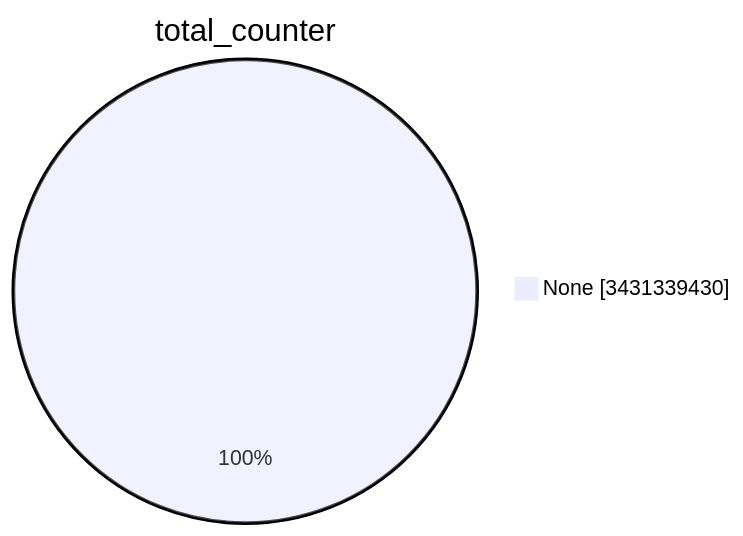
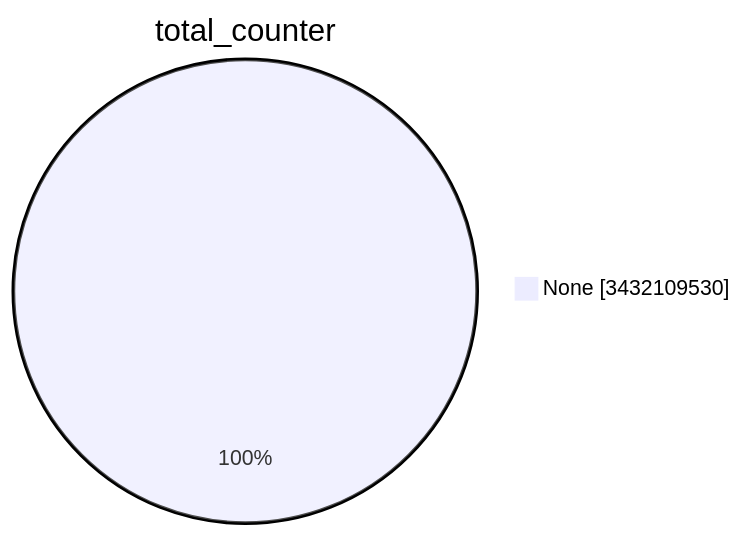
One commit to christiankrug/ctmonitor_visualization changed the first of 15 diagrams in TOTAL/README.md. Above: the diagram before and after it, drawn with Mermaid. The commit also changed other lines of this file, not shown here.

````diff
--- a/TOTAL/README.md
+++ b/TOTAL/README.md
@@ -1,5 +1,5 @@
 ```mermaid
 pie showData
 title total_counter
-"None" :3431339430
+"None" :3432109530
 ```
````
